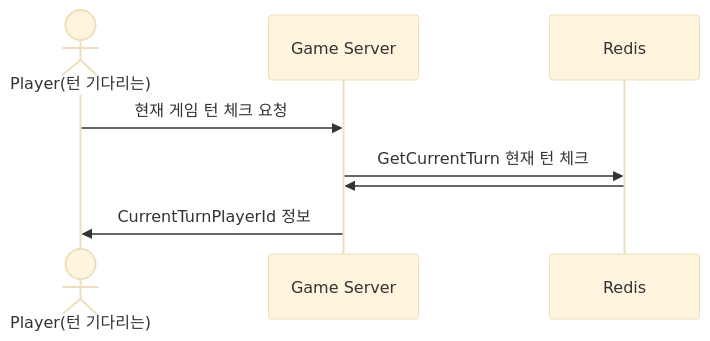
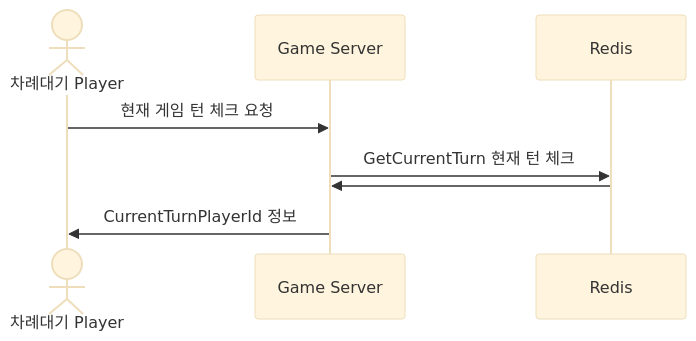
The third of 4 diagrams in SequenceDiagram/GamePlay.md (yujinS0/Omok-Game), drawn with Mermaid (base theme) before and after one commit. The commit also changed other lines of this file, not shown here.

````diff
--- a/SequenceDiagram/GamePlay.md
+++ b/SequenceDiagram/GamePlay.md
@@ -61,12 +62,12 @@
 ```mermaid
 sequenceDiagram
-	actor Player(턴 기다리는)
-	participant Game Server
-  	participant Redis
+	actor P as 차례대기 Player
+	participant G as Game Server
+  	participant R as Redis
 
-	Player(턴 기다리는) ->> Game Server : 현재 게임 턴 체크 요청
-	Game Server ->> Redis : GetCurrentTurn 현재 턴 체크
-  	Redis ->> Game Server : 
-  	Game Server ->> Player(턴 기다리는) : CurrentTurnPlayerId 정보
+	P ->> G : 현재 게임 턴 체크 요청
+	G ->> R : GetCurrentTurn 현재 턴 체크
+  	R ->> G : 
+  	G ->> P : CurrentTurnPlayerId 정보
 
 ```
````
